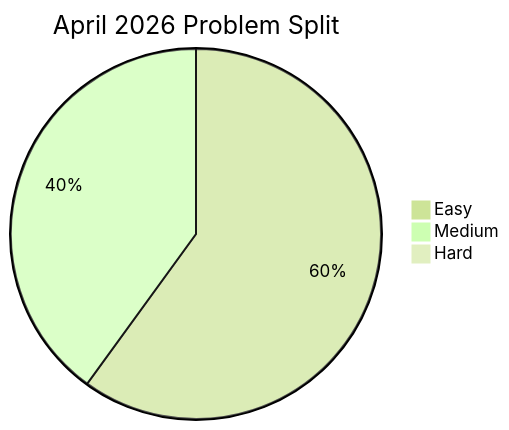
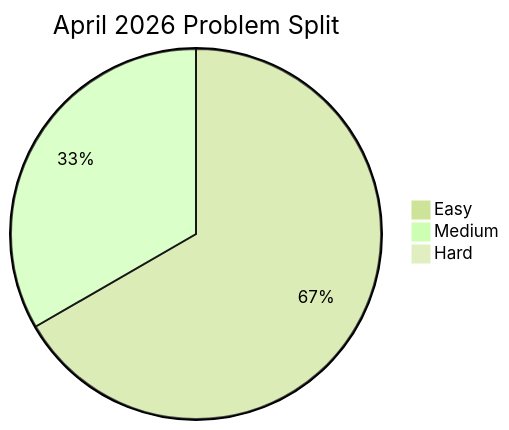
The third of 4 diagrams in README.md (manikantbindass/Codeforces-Interview-Preparation-Journey), drawn with Mermaid (forest theme) before and after one commit. The commit also changed other lines of this file and 2 other files, not shown here.

Commit message:
feat(easy): add Chat room solution

````diff
--- a/README.md
+++ b/README.md
@@ -407,6 +408,6 @@
 ```mermaid
 pie title April 2026 Problem Split
-    "Easy" : 3
+    "Easy" : 4
     "Medium" : 2
     "Hard" : 0
 ```
````
